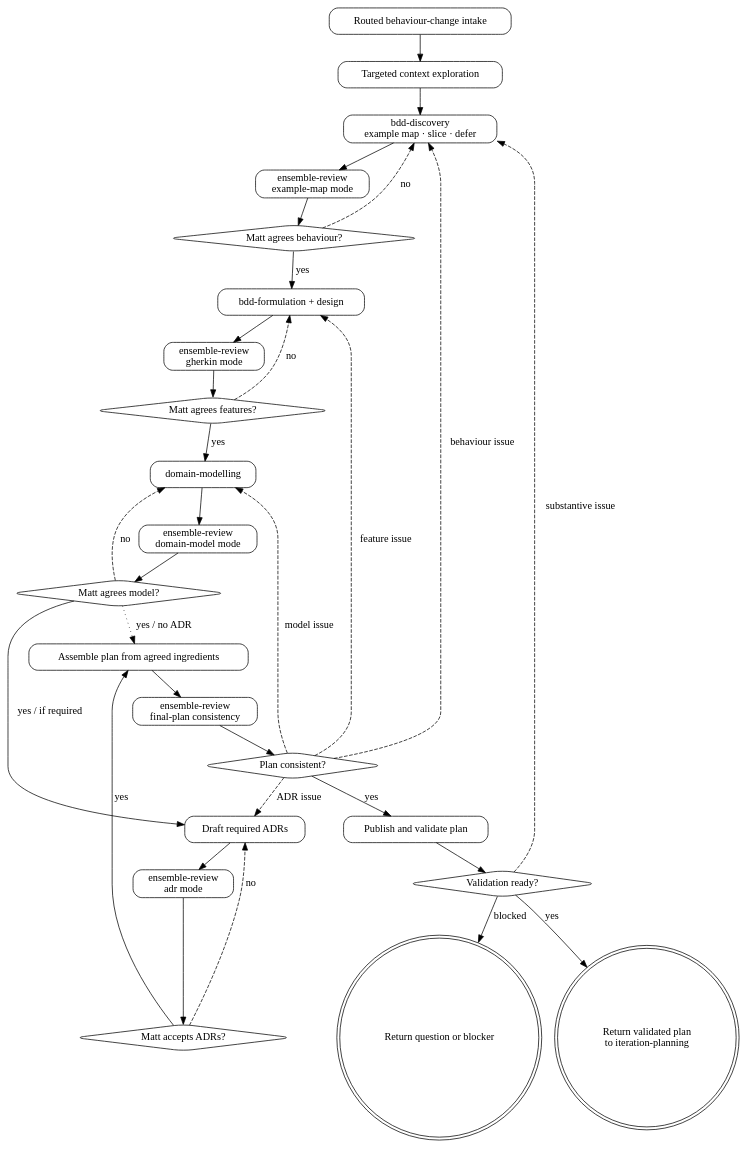
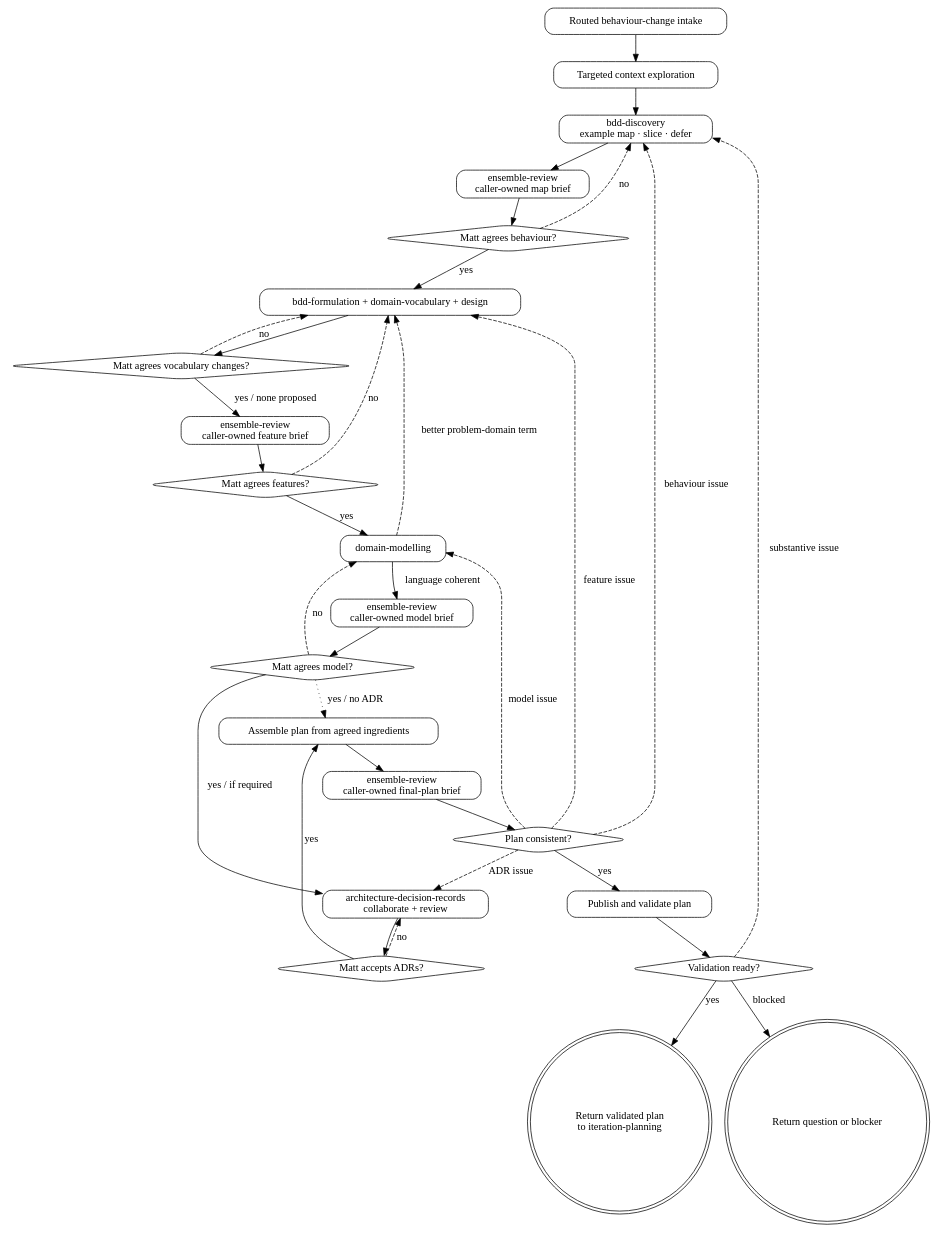
Before and after one commit to mattwynne/memba: the diagram in .pi/skills/behaviour-iteration-planning/SKILL.md, drawn with Graphviz. The commit also changed other lines of this file and 9 other files, not shown here.

Commit message:
Generalize planning reviews and domain language

````diff
--- a/.pi/skills/behaviour-iteration-planning/SKILL.md
+++ b/.pi/skills/behaviour-iteration-planning/SKILL.md
@@ -45,52 +82,57 @@
 ```dot
 digraph behaviour_iteration_planning {
   rankdir=TB;
   node [shape=box, style="rounded"];
 
   intake [label="Routed behaviour-change intake"];
   context [label="Targeted context exploration"];
   map [label="bdd-discovery\nexample map · slice · defer"];
-  map_review [label="ensemble-review\nexample-map mode"];
+  map_review [label="ensemble-review\ncaller-owned map brief"];
   behaviour [shape=diamond, label="Matt agrees behaviour?"];
-  formulate [label="bdd-formulation + design"];
-  gherkin_review [label="ensemble-review\ngherkin mode"];
+  formulate [label="bdd-formulation + domain-vocabulary + design"];
+  vocabulary [shape=diamond, label="Matt agrees vocabulary changes?"];
+  gherkin_review [label="ensemble-review\ncaller-owned feature brief"];
   features [shape=diamond, label="Matt agrees features?"];
   model [label="domain-modelling"];
-  model_review [label="ensemble-review\ndomain-model mode"];
+  model_review [label="ensemble-review\ncaller-owned model brief"];
   model_agreed [shape=diamond, label="Matt agrees model?"];
-  adr [label="Draft required ADRs"];
-  adr_review [label="ensemble-review\nadr mode"];
+  adr [label="architecture-decision-records\ncollaborate + review"];
   adr_accept [shape=diamond, label="Matt accepts ADRs?"];
   assemble [label="Assemble plan from agreed ingredients"];
-  final_review [label="ensemble-review\nfinal-plan consistency"];
+  final_review [label="ensemble-review\ncaller-owned final-plan brief"];
   consistent [shape=diamond, label="Plan consistent?"];
   publish [label="Publish and validate plan"];
   validated [shape=diamond, label="Validation ready?"];
   result [shape=doublecircle, label="Return validated plan\nto iteration-planning"];
   blocker [shape=doublecircle, label="Return question or blocker"];
 
   intake -> context -> map -> map_review -> behaviour;
   behaviour -> map [label="no", style=dashed];
   behaviour -> formulate [label="yes"];
-  formulate -> gherkin_review -> features;
+  formulate -> vocabulary;
+  vocabulary -> formulate [label="no", style=dashed];
+  vocabulary -> gherkin_review [label="yes / none proposed"];
+  gherkin_review -> features;
   features -> formulate [label="no", style=dashed];
   features -> model [label="yes"];
-  model -> model_review -> model_agreed;
+  model -> formulate [label="better problem-domain term", style=dashed];
+  model -> model_review [label="language coherent"];
+  model_review -> model_agreed;
   model_agreed -> model [label="no", style=dashed];
   model_agreed -> adr [label="yes / if required"];
-  adr -> adr_review -> adr_accept;
+  adr -> adr_accept;
   adr_accept -> adr [label="no", style=dashed];
   adr_accept -> assemble [label="yes"];
   model_agreed -> assemble [label="yes / no ADR", style=dotted];
   assemble -> final_review -> consistent;
   consistent -> publish [label="yes"];
   consistent -> map [label="behaviour issue", style=dashed];
   consistent -> formulate [label="feature issue", style=dashed];
   consistent -> model [label="model issue", style=dashed];
   consistent -> adr [label="ADR issue", style=dashed];
   publish -> validated;
   validated -> result [label="yes"];
   validated -> blocker [label="blocked"];
   validated -> map [label="substantive issue", style=dashed];
 }
 ```
````
